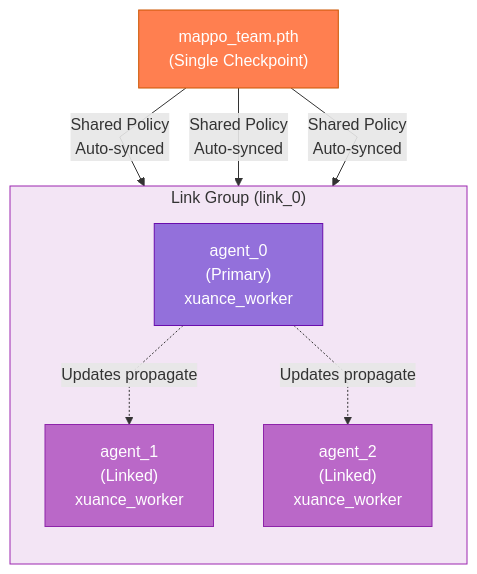
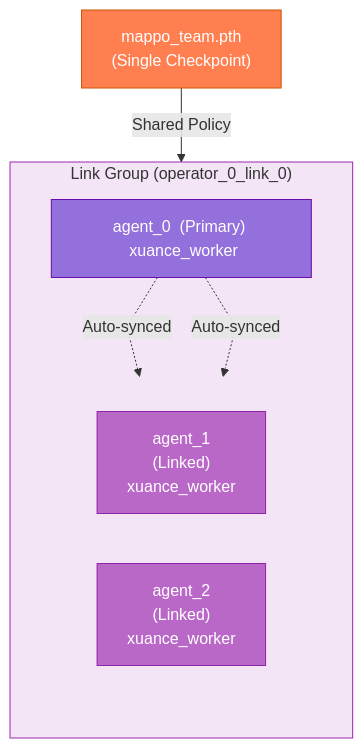
One commit to Abdulhamid97Mousa/mosaic changed the third of 5 diagrams in docs/source/documents/architecture/operators/policy_mappings.rst. Above: the diagram before and after it, drawn with Mermaid. The commit also changed other lines of this file and 83 other files, not shown here.

```diff
--- a/docs/source/documents/architecture/operators/policy_mappings.rst
+++ b/docs/source/documents/architecture/operators/policy_mappings.rst
@@ -163,25 +165,27 @@
 .. mermaid::
 
    %%{init: {"flowchart": {"curve": "linear"}} }%%
    graph TB
        CHECKPOINT["mappo_team.pth<br/>(Single Checkpoint)"]
 
-       subgraph LINKGROUP["Link Group (link_0)"]
+       subgraph LINKGROUP["Link Group (operator_0_link_0)"]
            direction TB
-           PRIMARY["agent_0<br/>(Primary)<br/>xuance_worker"]
-           LINKED1["agent_1<br/>(Linked)<br/>xuance_worker"]
-           LINKED2["agent_2<br/>(Linked)<br/>xuance_worker"]
+           PRIMARY["agent_0 &nbsp;(Primary) &nbsp;xuance_worker"]
+
+           subgraph LINKED[" "]
+               direction LR
+               LINKED1["agent_1<br/>(Linked)<br/>xuance_worker"]
+               LINKED2["agent_2<br/>(Linked)<br/>xuance_worker"]
+           end
        end
 
-       CHECKPOINT -->|"Shared Policy<br/>Auto-synced"| PRIMARY
-       CHECKPOINT -->|"Shared Policy<br/>Auto-synced"| LINKED1
-       CHECKPOINT -->|"Shared Policy<br/>Auto-synced"| LINKED2
-
-       PRIMARY -.->|"Updates propagate"| LINKED1
-       PRIMARY -.->|"Updates propagate"| LINKED2
+       CHECKPOINT -->|"Shared Policy"| PRIMARY
+       PRIMARY -.->|"Auto-synced"| LINKED1
+       PRIMARY -.->|"Auto-synced"| LINKED2
 
        style CHECKPOINT fill:#ff7f50,stroke:#cc5500,color:#fff
        style LINKGROUP fill:#f3e5f5,stroke:#9c27b0,color:#333
+       style LINKED fill:none,stroke:none
        style PRIMARY fill:#9370db,stroke:#6a0dad,color:#fff
        style LINKED1 fill:#ba68c8,stroke:#8e24aa,color:#fff
        style LINKED2 fill:#ba68c8,stroke:#8e24aa,color:#fff
```
